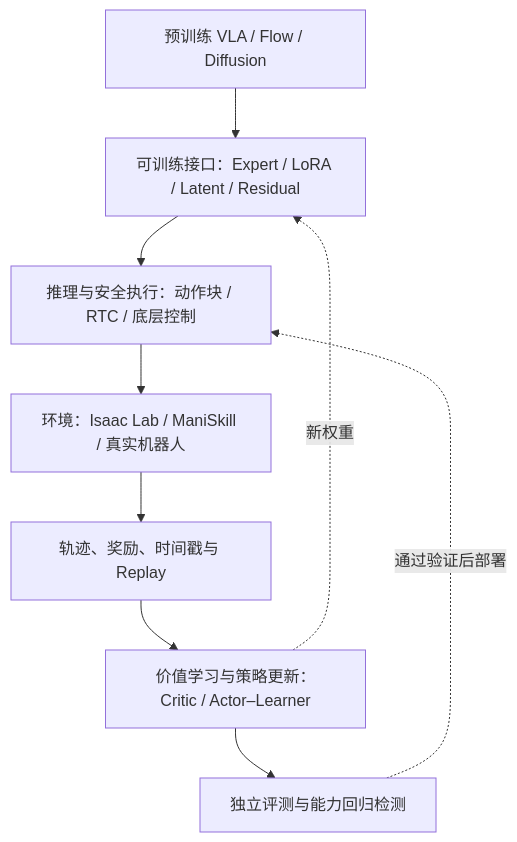
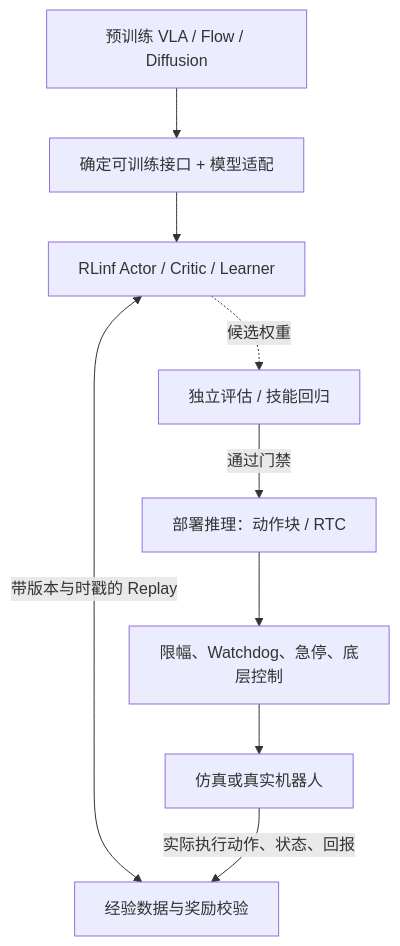
One commit to zengxiong111/Foundation_of_Embodied_AI changed the fourth of 4 diagrams in md/RL_Post_Training_ZH.md. Above: the diagram before and after it, drawn with Mermaid. The commit also changed other lines of this file and 24 other files, not shown here.

````diff
--- a/md/RL_Post_Training_ZH.md
+++ b/md/RL_Post_Training_ZH.md
@@ -233,12 +222,11 @@
 ```mermaid
-%% FIG: infrastructure
 flowchart TB
-  B["预训练 VLA / Flow / Diffusion"] --> I["可训练接口：Expert / LoRA / Latent / Residual"]
-  I --> P["推理与安全执行：动作块 / RTC / 底层控制"]
-  P --> E["环境：Isaac Lab / ManiSkill / 真实机器人"]
-  E --> D["轨迹、奖励、时间戳与 Replay"]
-  D --> Q["价值学习与策略更新：Critic / Actor–Learner"]
-  Q -.->|新权重| I
-  Q --> V["独立评测与能力回归检测"]
-  V -.->|通过验证后部署| P
+  M["预训练 VLA / Flow / Diffusion"] --> I["确定可训练接口 + 模型适配"]
+  I --> T["RLinf Actor / Critic / Learner"]
+  T <-->|带版本与时戳的 Replay| D["经验数据与奖励校验"]
+  T -.->|候选权重| V["独立评估 / 技能回归"]
+  V -->|通过门禁| P["部署推理：动作块 / RTC"]
+  P --> S["限幅、Watchdog、急停、底层控制"]
+  S --> R["仿真或真实机器人"]
+  R -->|实际执行动作、状态、回报| D
 ```
````
